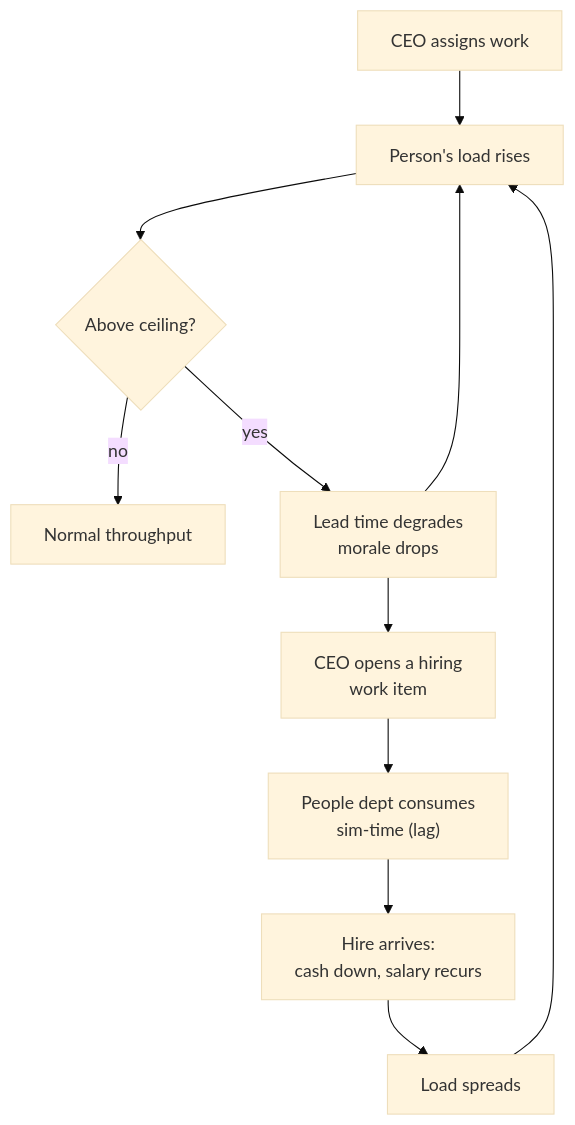
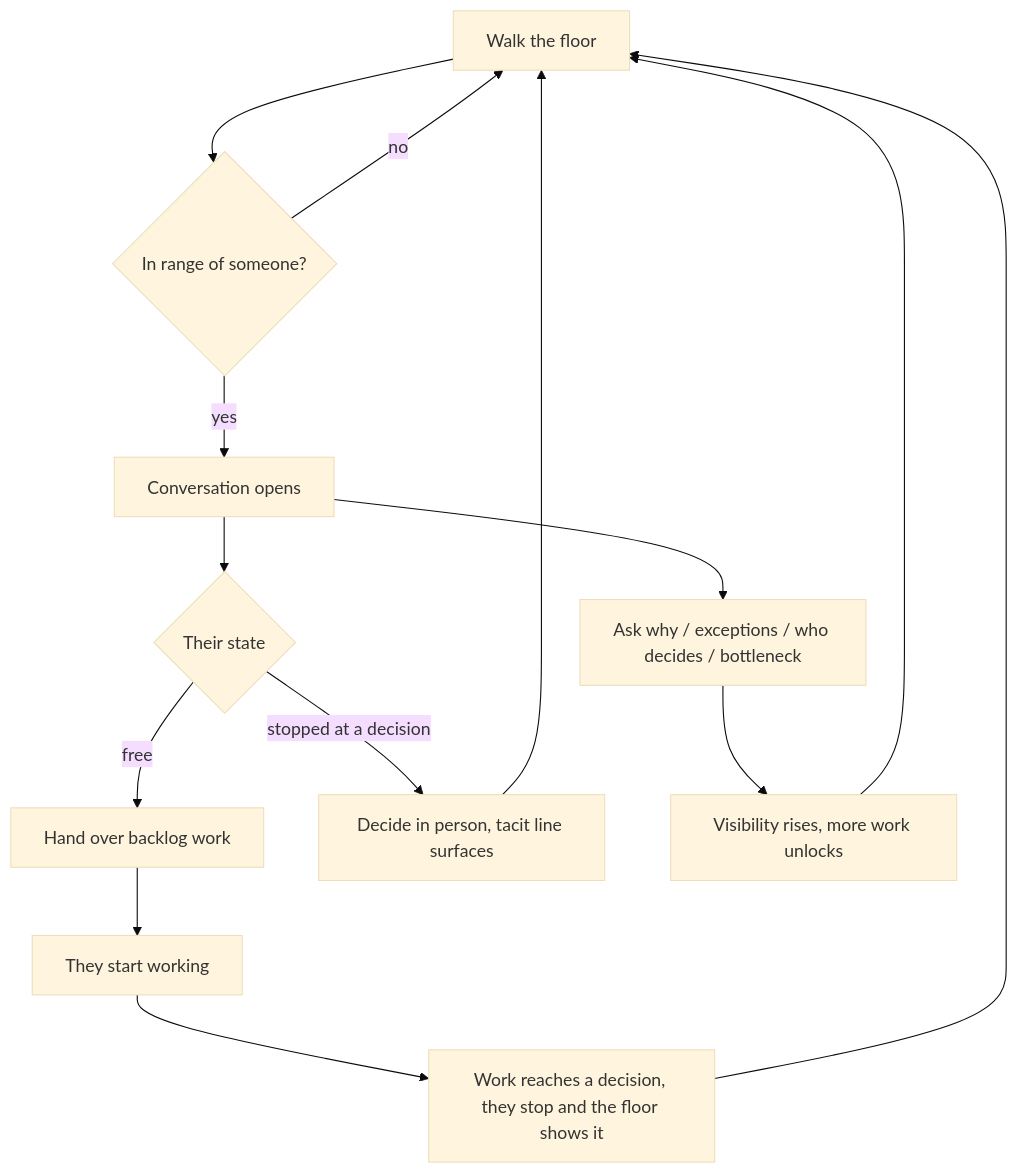
Before and after one commit to junrong1/company-os: the diagram in docs/brainstorms/2026-08-12-company-os-platform-requirements.md, drawn with Mermaid (base theme). The commit also changed other lines of this file and 1 other file, not shown here.

````diff
--- a/docs/brainstorms/2026-08-12-company-os-platform-requirements.md
+++ b/docs/brainstorms/2026-08-12-company-os-platform-requirements.md
@@ -216,13 +77,16 @@
 ```mermaid
 flowchart TB
-  A["CEO assigns work"] --> B["Person's load rises"]
-  B --> C{"Above ceiling?"}
-  C -->|no| D["Normal throughput"]
-  C -->|yes| E["Lead time degrades<br/>morale drops"]
-  E --> F["CEO opens a hiring<br/>work item"]
-  F --> G["People dept consumes<br/>sim-time (lag)"]
-  G --> H["Hire arrives:<br/>cash down, salary recurs"]
-  H --> I["Load spreads"]
-  I --> B
-  E --> B
+  A[Walk the floor] --> B{In range of someone?}
+  B -->|no| A
+  B -->|yes| C[Conversation opens]
+  C --> D[Ask why / exceptions / who decides / bottleneck]
+  C --> E{Their state}
+  E -->|free| F[Hand over backlog work]
+  E -->|stopped at a decision| G[Decide in person, tacit line surfaces]
+  D --> H[Visibility rises, more work unlocks]
+  F --> I[They start working]
+  I --> J[Work reaches a decision, they stop and the floor shows it]
+  J --> A
+  G --> A
+  H --> A
 ```
````
